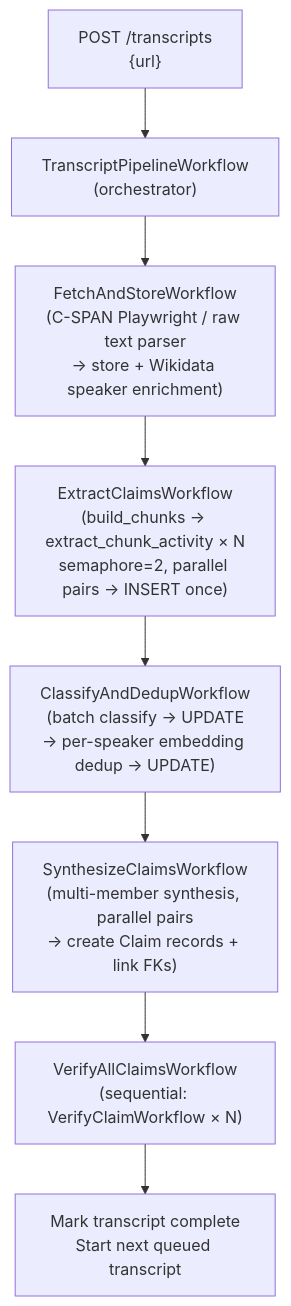
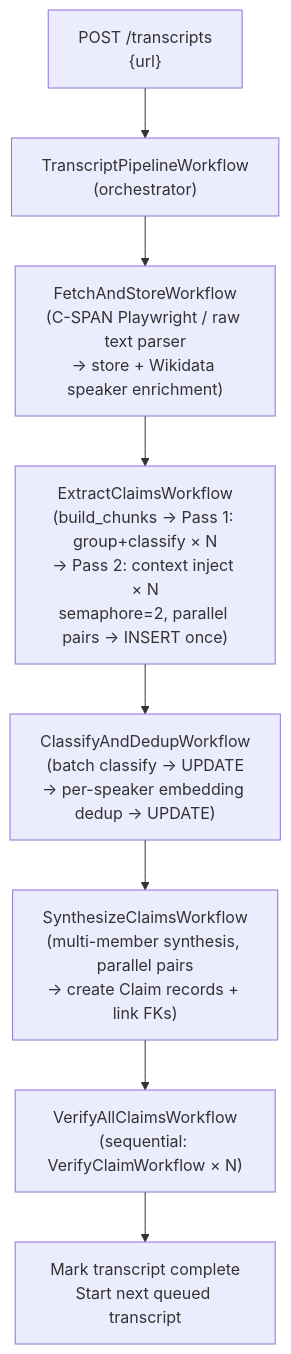
The fifth of 8 diagrams in ARCHITECTURE.md (vedantadhobley/spin-cycle), drawn with Mermaid before and after one commit. The commit also changed other lines of this file and 12 other files, not shown here.

First line of the commit message:
refactor: two-pass extraction — grouping + context injection

````diff
--- a/ARCHITECTURE.md
+++ b/ARCHITECTURE.md
@@ -576,16 +576,16 @@
 ```mermaid
 flowchart TD
     URL["POST /transcripts\n{url}"] --> PIPE["TranscriptPipelineWorkflow\n(orchestrator)"]
 
     PIPE --> FETCH["FetchAndStoreWorkflow\n(C-SPAN Playwright / raw text parser\n→ store + Wikidata speaker enrichment)"]
 
-    FETCH --> EXTRACT["ExtractClaimsWorkflow\n(build_chunks → extract_chunk_activity × N\nsemaphore=2, parallel pairs → INSERT once)"]
+    FETCH --> EXTRACT["ExtractClaimsWorkflow\n(build_chunks → Pass 1: group+classify × N\n→ Pass 2: context inject × N\nsemaphore=2, parallel pairs → INSERT once)"]
 
     EXTRACT --> CLASSIFY["ClassifyAndDedupWorkflow\n(batch classify → UPDATE\n→ per-speaker embedding dedup → UPDATE)"]
 
     CLASSIFY --> SYNTH["SynthesizeClaimsWorkflow\n(multi-member synthesis, parallel pairs\n→ create Claim records + link FKs)"]
 
     SYNTH --> VERIFY["VerifyAllClaimsWorkflow\n(sequential: VerifyClaimWorkflow × N)"]
 
     VERIFY --> DONE["Mark transcript complete\nStart next queued transcript"]
 ```
````
